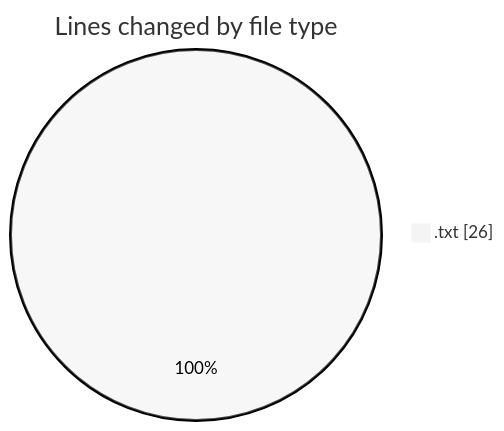
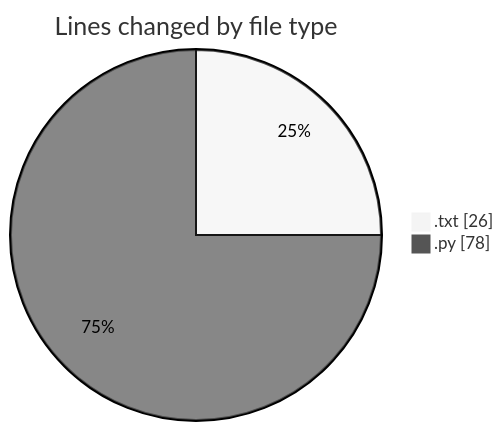
One commit to ricardozamudiocil/code-tracking changed the first of 2 diagrams in 2026-10-06/cilreports__workspace_/README.md. Above: the diagram before and after it, drawn with Mermaid (neutral theme). The commit also changed other lines of this file and 1 other file, not shown here.

````diff
--- a/2026-10-06/cilreports__workspace_/README.md
+++ b/2026-10-06/cilreports__workspace_/README.md
@@ -20,5 +21,6 @@
 ```mermaid
 pie showData
 title Lines changed by file type
 ".txt" : 26
+".py" : 78
 ```
````
